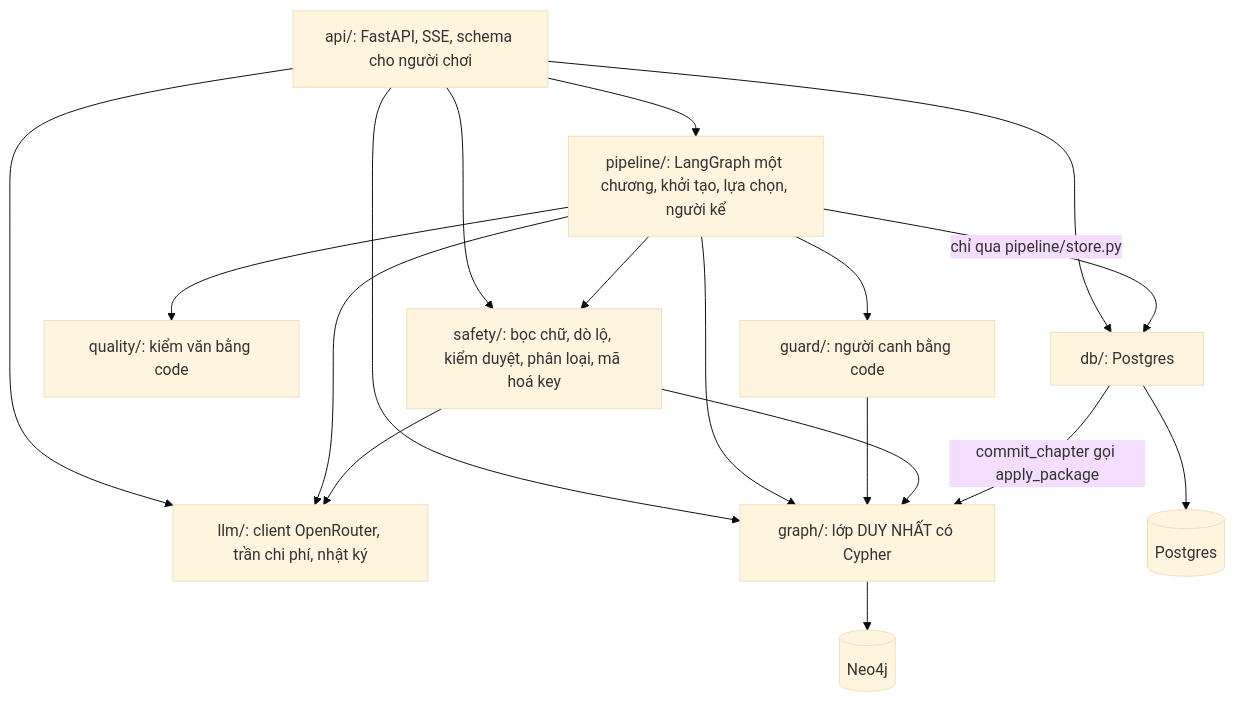
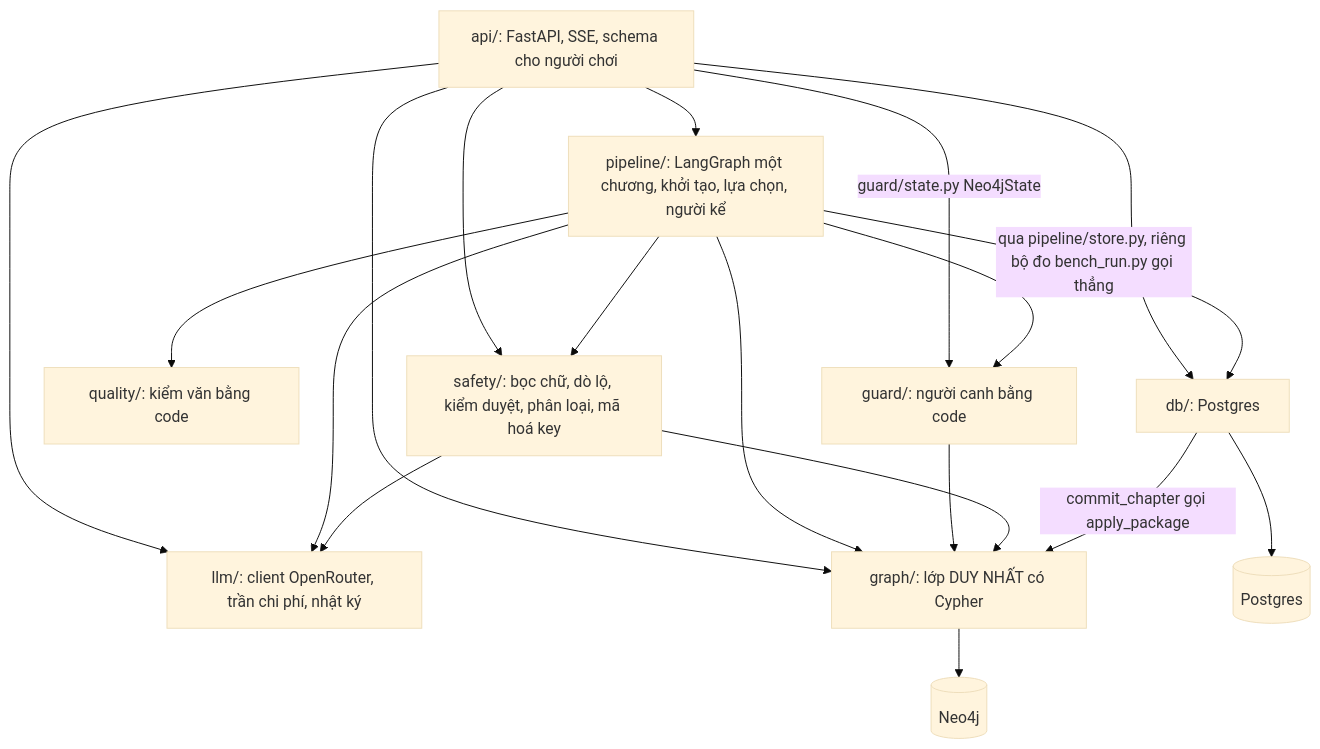
The third of 11 diagrams in docs/architecture.md (orms147/writory), drawn with Mermaid (base theme) before and after one commit. The commit also changed other lines of this file, not shown here.

First line of the commit message:
docs(architecture): sửa chỗ lệch code tìm được khi kiểm độc lập (D-104)

````diff
--- a/docs/architecture.md
+++ b/docs/architecture.md
@@ -61,30 +61,31 @@
 ```mermaid
 flowchart TD
   m_api["api/: FastAPI, SSE, schema cho người chơi"]
   m_pipeline["pipeline/: LangGraph một chương, khởi tạo, lựa chọn, người kể"]
   m_guard["guard/: người canh bằng code"]
   m_quality["quality/: kiểm văn bằng code"]
   m_safety["safety/: bọc chữ, dò lộ, kiểm duyệt, phân loại, mã hoá key"]
   m_llm["llm/: client OpenRouter, trần chi phí, nhật ký"]
   m_db["db/: Postgres"]
   m_graph["graph/: lớp DUY NHẤT có Cypher"]
   neo[("Neo4j")]
   pg[("Postgres")]
   m_api --> m_pipeline
   m_api --> m_safety
   m_api --> m_llm
   m_api --> m_db
   m_api --> m_graph
+  m_api -->|guard/state.py Neo4jState| m_guard
   m_pipeline --> m_guard
   m_pipeline --> m_quality
   m_pipeline --> m_safety
   m_pipeline --> m_llm
   m_pipeline --> m_graph
-  m_pipeline -->|chỉ qua pipeline/store.py| m_db
+  m_pipeline -->|qua pipeline/store.py, riêng bộ đo bench_run.py gọi thẳng| m_db
   m_guard --> m_graph
   m_safety --> m_graph
   m_safety --> m_llm
   m_db -->|commit_chapter gọi apply_package| m_graph
   m_graph --> neo
   m_db --> pg
 ```
````
